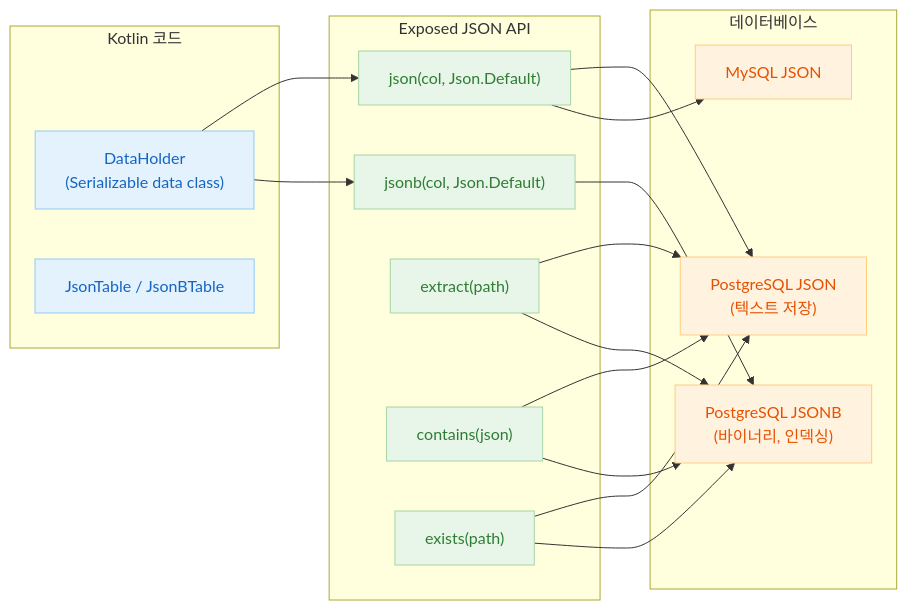
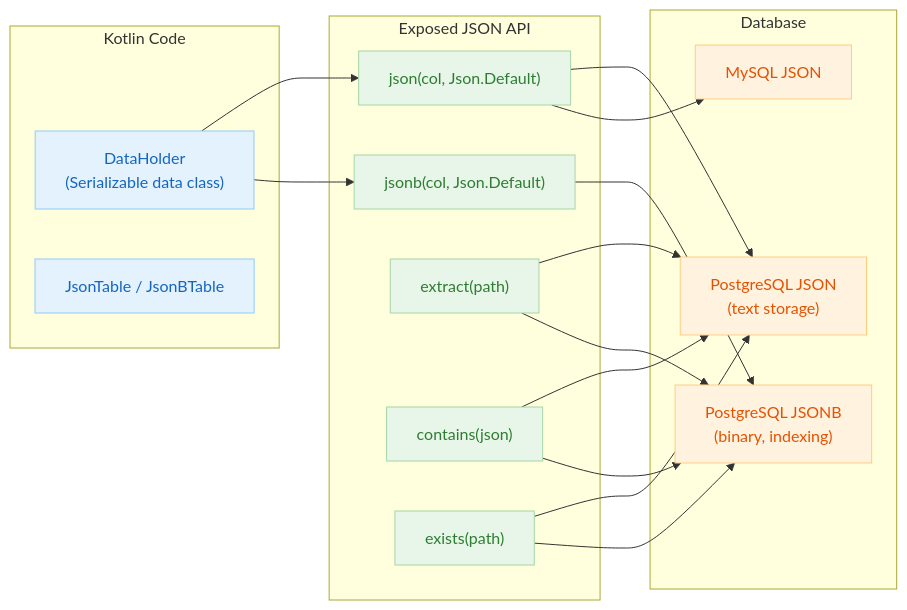
The first of 3 diagrams in 06-advanced/04-exposed-json/README.md (bluetape4k/exposed-workshop), drawn with Mermaid before and after one commit. The commit also changed other lines of this file and 115 other files, not shown here.

````diff
--- a/06-advanced/04-exposed-json/README.md
+++ b/06-advanced/04-exposed-json/README.md
@@ -23,34 +24,34 @@
 ```mermaid
 flowchart LR
-    subgraph Kotlin["Kotlin 코드"]
+    subgraph Kotlin["Kotlin Code"]
         DH["DataHolder\n(Serializable data class)"]
         JT["JsonTable / JsonBTable"]
     end
 
     subgraph Exposed["Exposed JSON API"]
         JC["json(col, Json.Default)"]
         JB["jsonb(col, Json.Default)"]
         EX["extract(path)"]
         CO["contains(json)"]
         EXI["exists(path)"]
     end
 
-    subgraph DB["데이터베이스"]
-        PG_JSON["PostgreSQL JSON\n(텍스트 저장)"]
-        PG_JSONB["PostgreSQL JSONB\n(바이너리, 인덱싱)"]
+    subgraph DB["Database"]
+        PG_JSON["PostgreSQL JSON\n(text storage)"]
+        PG_JSONB["PostgreSQL JSONB\n(binary, indexing)"]
         MY_JSON["MySQL JSON"]
     end
 
     DH --> JC & JB
     JC --> PG_JSON & MY_JSON
     JB --> PG_JSONB
     EX & CO & EXI --> PG_JSON & PG_JSONB
 
     classDef blue fill:#E3F2FD,stroke:#90CAF9,color:#1565C0
     classDef green fill:#E8F5E9,stroke:#A5D6A7,color:#2E7D32
     classDef orange fill:#FFF3E0,stroke:#FFCC80,color:#E65100
 
     class DH,JT blue
     class JC,JB,EX,CO,EXI green
     class PG_JSON,PG_JSONB,MY_JSON orange
 ```
````
